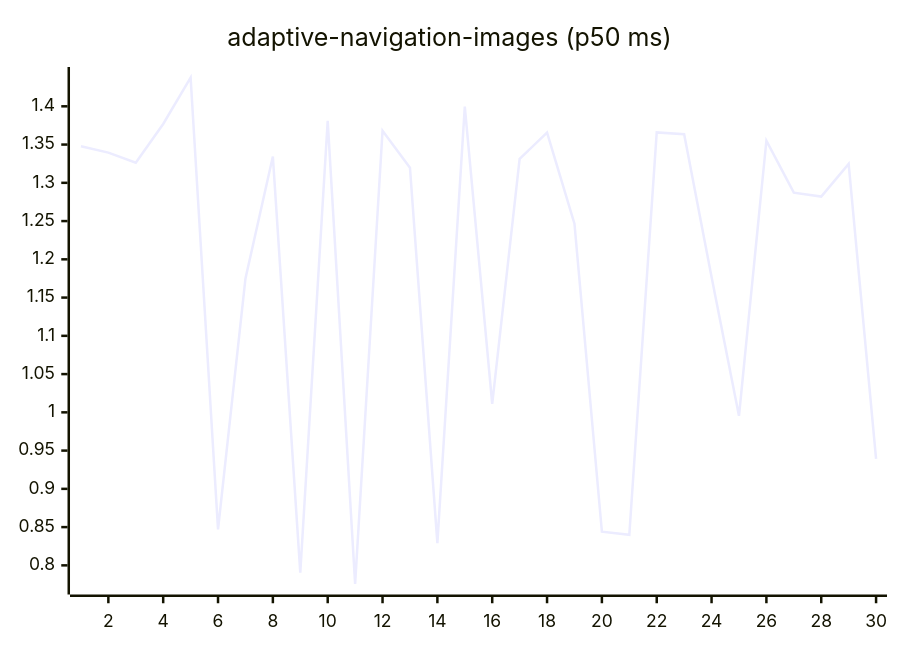
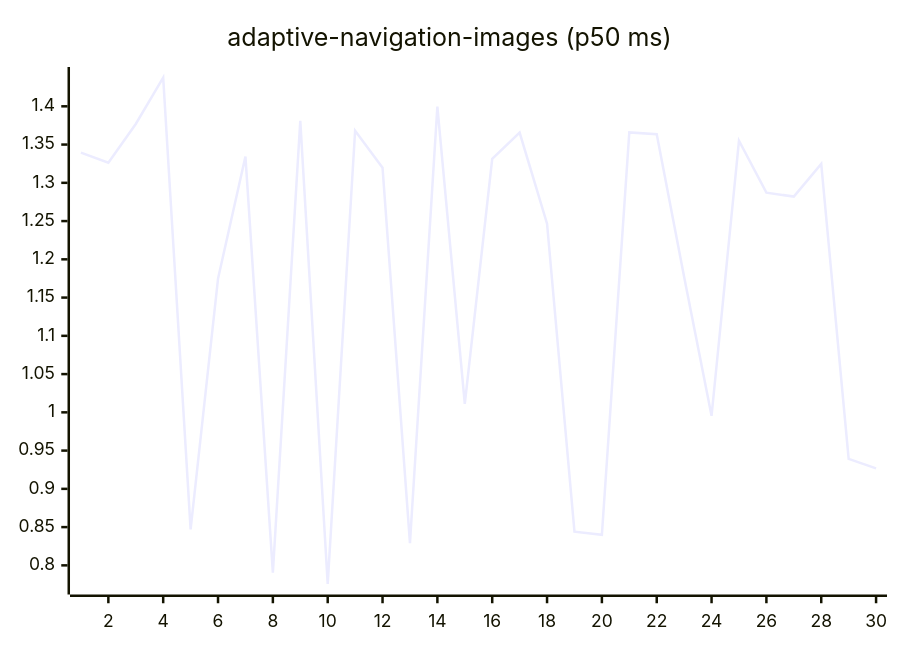
The first of 27 diagrams in README.md (josha/Facet), drawn with Mermaid before and after one commit. The commit also changed other lines of this file and 2 other files, not shown here.

````diff
--- a/README.md
+++ b/README.md
@@ -63,6 +63,6 @@
 ```mermaid
 xychart-beta
     title "adaptive-navigation-images (p50 ms)"
     x-axis 1 --> 30
-    line [1.3479, 1.3395, 1.3263, 1.3769, 1.4375, 0.8471, 1.1748, 1.3343, 0.7905, 1.3810, 0.7758, 1.3680, 1.3197, 0.8291, 1.3996, 1.0110, 1.3313, 1.3656, 1.2466, 0.8441, 0.8400, 1.3659, 1.3636, 1.1770, 0.9954, 1.3550, 1.2872, 1.2820, 1.3247, 0.9391]
+    line [1.3395, 1.3263, 1.3769, 1.4375, 0.8471, 1.1748, 1.3343, 0.7905, 1.3810, 0.7758, 1.3680, 1.3197, 0.8291, 1.3996, 1.0110, 1.3313, 1.3656, 1.2466, 0.8441, 0.8400, 1.3659, 1.3636, 1.1770, 0.9954, 1.3550, 1.2872, 1.2820, 1.3247, 0.9391, 0.9267]
 ```
````
